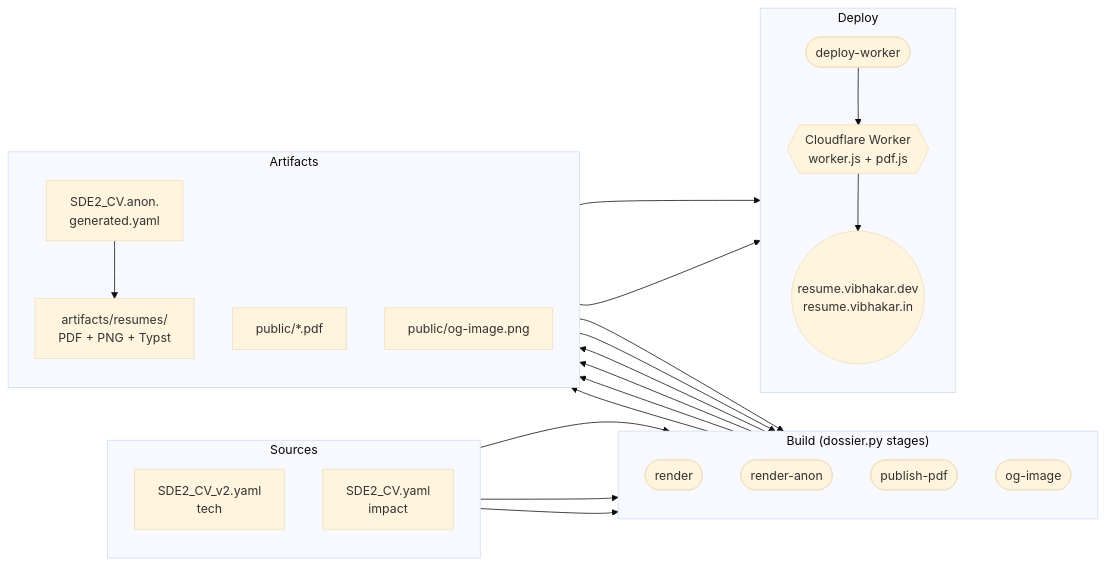
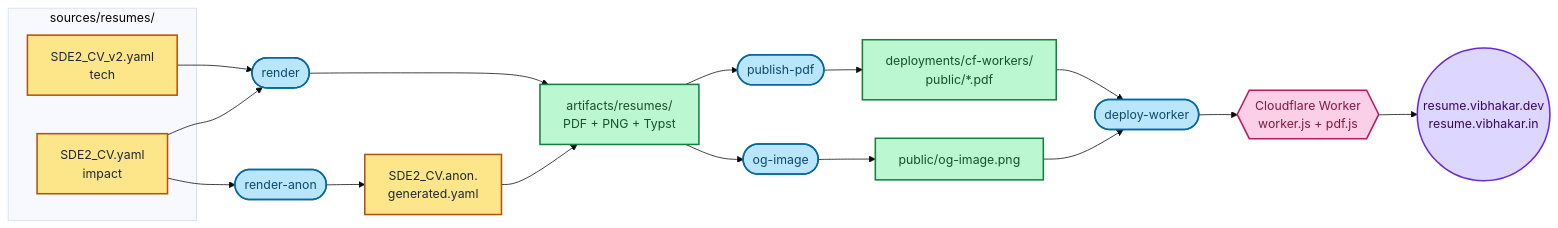
The diagram in README.md (MagneticNeedle/Dossier), drawn with Mermaid (base theme) before and after one commit.

Commit message:
fix: revert the swimlane chart

````diff
--- a/README.md
+++ b/README.md
@@ -15,42 +15,37 @@
 ```mermaid
 flowchart LR
-    subgraph SOURCES["Sources"]
-        direction TB
-        TECH[SDE2_CV_v2.yaml<br/>tech]
-        IMPACT[SDE2_CV.yaml<br/>impact]
+    classDef source fill:#fde68a,stroke:#b45309,stroke-width:2px,color:#1f2937
+    classDef stage  fill:#bae6fd,stroke:#0369a1,stroke-width:2px,color:#0c4a6e
+    classDef artifact fill:#bbf7d0,stroke:#15803d,stroke-width:2px,color:#14532d
+    classDef deploy fill:#fbcfe8,stroke:#be185d,stroke-width:2px,color:#831843
+    classDef edge   fill:#ddd6fe,stroke:#6d28d9,stroke-width:2px,color:#3b0764
+
+    subgraph S[sources/resumes/]
+        TECH[SDE2_CV_v2.yaml<br/>tech]:::source
+        IMPACT[SDE2_CV.yaml<br/>impact]:::source
     end
 
-    subgraph BUILD["Build (dossier.py stages)"]
-        direction TB
-        R([render])
-        RA([render-anon])
-        PP([publish-pdf])
-        OG([og-image])
-    end
+    R([render]):::stage
+    RA([render-anon]):::stage
+    PP([publish-pdf]):::stage
+    OG([og-image]):::stage
+    DW([deploy-worker]):::stage
 
-    subgraph ARTIFACTS["Artifacts"]
-        direction TB
-        ANON[SDE2_CV.anon.<br/>generated.yaml]
-        PDFS[artifacts/resumes/<br/>PDF + PNG + Typst]
-        PUB[public/*.pdf]
-        OGIMG[public/og-image.png]
-    end
+    ANON[SDE2_CV.anon.<br/>generated.yaml]:::source
+    PDFS[artifacts/resumes/<br/>PDF + PNG + Typst]:::artifact
+    PUB[deployments/cf-workers/<br/>public/*.pdf]:::artifact
+    OGIMG[public/og-image.png]:::artifact
 
-    subgraph DEPLOY["Deploy"]
-        direction TB
-        DW([deploy-worker])
-        CF{{Cloudflare Worker<br/>worker.js + pdf.js}}
-        WEB((resume.vibhakar.dev<br/>resume.vibhakar.in))
-    end
+    CF{{Cloudflare Worker<br/>worker.js + pdf.js}}:::deploy
+    WEB((resume.vibhakar.dev<br/>resume.vibhakar.in)):::edge
 
-    TECH   --> R
+    TECH --> R
     IMPACT --> R
-    IMPACT --> RA
-    RA     --> ANON --> PDFS
-    R      --> PDFS
-    PDFS   --> PP --> PUB
-    PDFS   --> OG --> OGIMG
-    PUB    --> DW
-    OGIMG  --> DW
-    DW     --> CF --> WEB
+    IMPACT --> RA --> ANON --> PDFS
+    R --> PDFS
+    PDFS --> PP --> PUB
+    PDFS --> OG --> OGIMG
+    PUB --> DW
+    OGIMG --> DW
+    DW --> CF --> WEB
 ```
````
